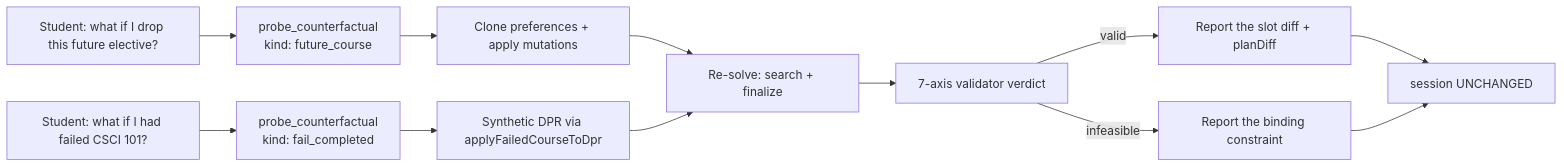
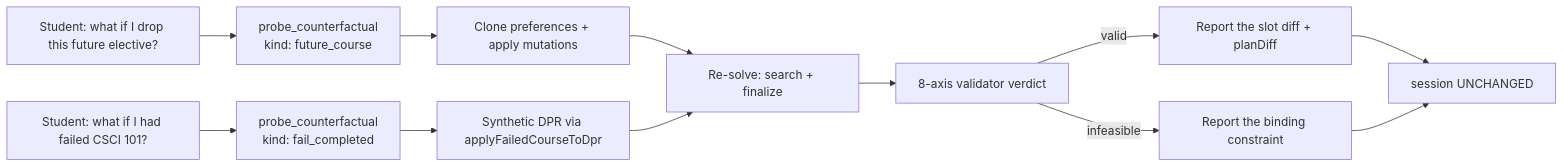
The first of 2 diagrams in Docs/current-system/tools/probe_counterfactual.md (EdoardoMongardi/NYU_Path), drawn with Mermaid before and after one commit. The commit also changed other lines of this file and 2 other files, not shown here.

First line of the commit message:
docs: finish the 7-axis→8-axis sweep (probe_counterfactual, plan-action-orchestrator/routes)

````diff
--- a/Docs/current-system/tools/probe_counterfactual.md
+++ b/Docs/current-system/tools/probe_counterfactual.md
@@ -11,14 +11,14 @@
 ```mermaid
 flowchart LR
     Q1[Student: what if I drop this future elective?] --> A[probe_counterfactual<br/>kind: future_course]
     Q2[Student: what if I had failed CSCI 101?] --> B[probe_counterfactual<br/>kind: fail_completed]
     A --> P[Clone preferences + apply mutations]
     B --> S[Synthetic DPR via applyFailedCourseToDpr]
     P --> R[Re-solve: search + finalize]
     S --> R
-    R --> V[7-axis validator verdict]
+    R --> V[8-axis validator verdict]
     V -->|valid| D[Report the slot diff + planDiff]
     V -->|infeasible| C[Report the binding constraint]
     D --> END[session UNCHANGED]
     C --> END
 ```
````
